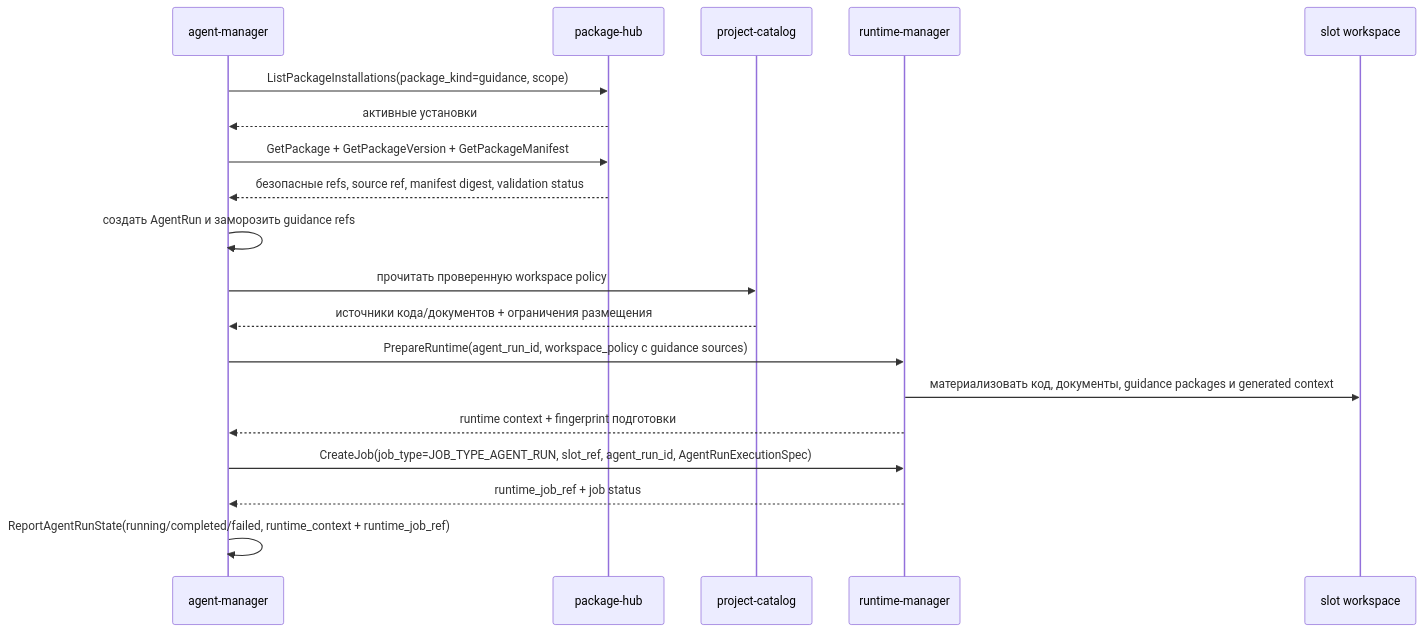
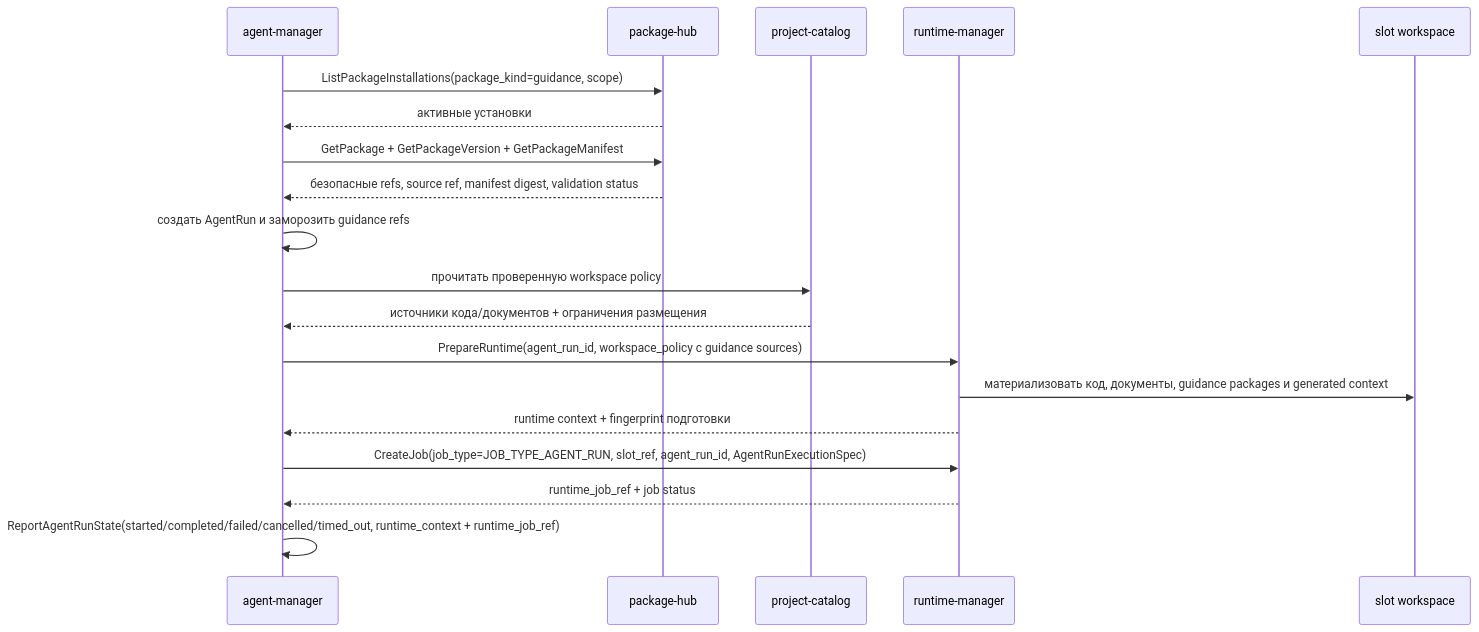
One commit to codex-k8s/kodex changed the diagram in docs/domains/agent-orchestration/architecture/guidance_workspace_context.md. Above: the diagram before and after it, drawn with Mermaid. The commit also changed other lines of this file and 17 other files, not shown here.

Commit message:
Align agent run orchestration reporting

````diff
--- a/docs/domains/agent-orchestration/architecture/guidance_workspace_context.md
+++ b/docs/domains/agent-orchestration/architecture/guidance_workspace_context.md
@@ -48,22 +48,22 @@
 ```mermaid
 sequenceDiagram
   participant AM as agent-manager
   participant PKG as package-hub
   participant PC as project-catalog
   participant RT as runtime-manager
   participant SLOT as slot workspace
 
   AM->>PKG: ListPackageInstallations(package_kind=guidance, scope)
   PKG-->>AM: активные установки
   AM->>PKG: GetPackage + GetPackageVersion + GetPackageManifest
   PKG-->>AM: безопасные refs, source ref, manifest digest, validation status
   AM->>AM: создать AgentRun и заморозить guidance refs
   AM->>PC: прочитать проверенную workspace policy
   PC-->>AM: источники кода/документов + ограничения размещения
   AM->>RT: PrepareRuntime(agent_run_id, workspace_policy с guidance sources)
   RT->>SLOT: материализовать код, документы, guidance packages и generated context
   RT-->>AM: runtime context + fingerprint подготовки
   AM->>RT: CreateJob(job_type=JOB_TYPE_AGENT_RUN, slot_ref, agent_run_id, AgentRunExecutionSpec)
   RT-->>AM: runtime_job_ref + job status
-  AM->>AM: ReportAgentRunState(running/completed/failed, runtime_context + runtime_job_ref)
+  AM->>AM: ReportAgentRunState(started/completed/failed/cancelled/timed_out, runtime_context + runtime_job_ref)
 ```
````
